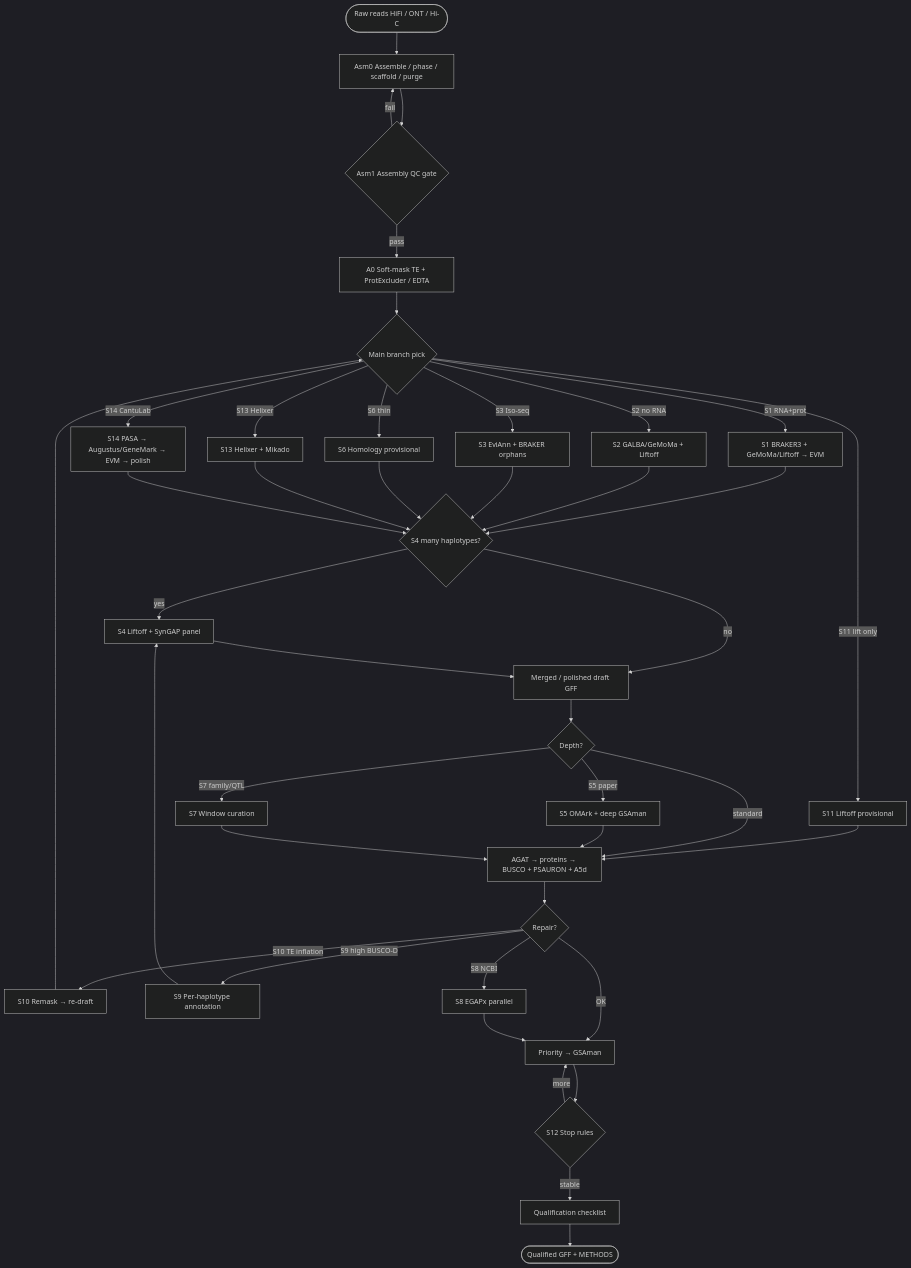
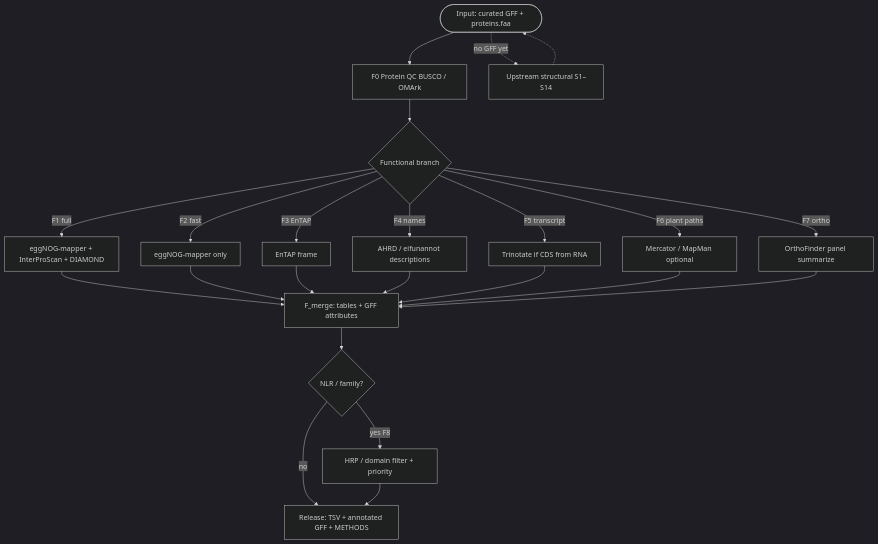
Before and after one commit to Xuzhen-Li/vitis-gene-annotation: the diagram in README.md, drawn with Mermaid (dark theme). The commit also changed other lines of this file and 27 other files, not shown here.

First line of the commit message:
Reframe repo around functional annotation as main product

````diff
--- a/README.md
+++ b/README.md
@@ -21,49 +20,29 @@
 ```mermaid
 flowchart TD
-  start([Raw reads HiFi / ONT / Hi-C]) --> Asm0[Asm0 Assemble / phase / scaffold / purge]
-  Asm0 --> Asm1{Asm1 Assembly QC gate}
-  Asm1 -->|fail| Asm0
-  Asm1 -->|pass| A0[A0 Soft-mask TE + ProtExcluder / EDTA]
-  A0 --> pick{Main branch pick}
+  inn([Input: curated GFF + proteins.faa]) --> F0[F0 Protein QC BUSCO / OMArk]
+  F0 --> pick{Functional branch}
 
-  pick -->|S1 RNA+prot| S1[S1 BRAKER3 + GeMoMa/Liftoff → EVM]
-  pick -->|S2 no RNA| S2[S2 GALBA/GeMoMa + Liftoff]
-  pick -->|S3 Iso-seq| S3[S3 EviAnn + BRAKER orphans]
-  pick -->|S6 thin| S6[S6 Homology provisional]
-  pick -->|S11 lift only| S11[S11 Liftoff provisional]
-  pick -->|S13 Helixer| S13[S13 Helixer + Mikado]
-  pick -->|S14 CantuLab| S14[S14 PASA → Augustus/GeneMark → EVM → polish]
+  pick -->|F1 full| F1[eggNOG-mapper + InterProScan + DIAMOND]
+  pick -->|F2 fast| F2[eggNOG-mapper only]
+  pick -->|F3 EnTAP| F3[EnTAP frame]
+  pick -->|F4 names| F4[AHRD / eifunannot descriptions]
+  pick -->|F5 transcript| F5[Trinotate if CDS from RNA]
+  pick -->|F6 plant paths| F6[Mercator / MapMan optional]
+  pick -->|F7 ortho| F7[OrthoFinder panel summarize]
 
-  S1 --> multi{S4 many haplotypes?}
-  S2 --> multi
-  S3 --> multi
-  S6 --> multi
-  S13 --> multi
-  S14 --> multi
-  S11 --> QC
+  F1 --> merge[F_merge: tables + GFF attributes]
+  F2 --> merge
+  F3 --> merge
+  F4 --> merge
+  F5 --> merge
+  F6 --> merge
+  F7 --> merge
 
-  multi -->|yes| S4[S4 Liftoff + SynGAP panel]
-  multi -->|no| draft[Merged / polished draft GFF]
-  S4 --> draft
+  merge --> special{NLR / family?}
+  special -->|yes F8| F8[HRP / domain filter + priority]
+  special -->|no| out
+  F8 --> out[Release: TSV + annotated GFF + METHODS]
 
-  draft --> focus{Depth?}
-  focus -->|S5 paper| S5[S5 OMArk + deep GSAman]
-  focus -->|S7 family/QTL| S7[S7 Window curation]
-  focus -->|standard| QC[AGAT → proteins → BUSCO + PSAURON + A5d]
-  S5 --> QC
-  S7 --> QC
-
-  QC --> problems{Repair?}
-  problems -->|S10 TE inflation| S10[S10 Remask → re-draft]
-  problems -->|S9 high BUSCO-D| S9[S9 Per-haplotype annotation]
-  problems -->|S8 NCBI| S8[S8 EGAPx parallel]
-  problems -->|OK| pri[Priority → GSAman]
-  S10 --> pick
-  S9 --> S4
-  S8 --> pri
-
-  pri --> stop{S12 Stop rules}
-  stop -->|more| pri
-  stop -->|stable| qual[Qualification checklist]
-  qual --> release([Qualified GFF + METHODS])
+  inn -.->|no GFF yet| struct[Upstream structural S1–S14]
+  struct -.-> inn
 ```
````
